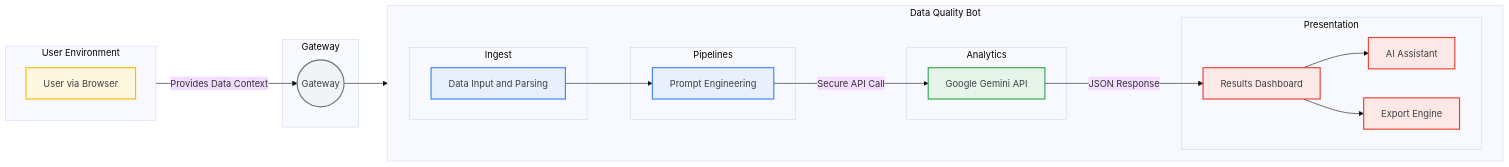
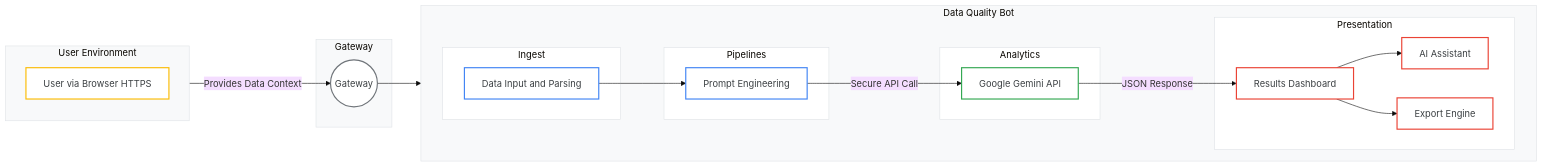
Before and after one commit to chtsalvishal/DQ_Gen_AI_Bot: the first of 2 diagrams in README.md, drawn with Mermaid (base theme). The commit also changed other lines of this file, not shown here.

Commit message:
docs: Update README with improved diagrams and styling
Refreshes the architecture and user journey diagrams in the README. This includes minor text updates and significant styling adjustments to enhance readability and visual consistency.

````diff
--- a/README.md
+++ b/README.md
@@ -20,44 +20,52 @@
 ```mermaid
 graph LR
     subgraph userenv [User Environment]
         direction TB
-        A[User via Browser]:::userNode
+        A[User via Browser HTTPS]:::userNode
     end
 
     subgraph gatewaysub [Gateway]
       B((Gateway)):::gatewayNode
     end
     
     A -- Provides Data Context --> B
 
     subgraph botlogic [Data Quality Bot]
         direction LR
         subgraph ingest [Ingest]
             C[Data Input and Parsing]:::processNode
         end
         subgraph pipelines [Pipelines]
             D[Prompt Engineering]:::processNode
         end
         subgraph analytics [Analytics]
             E[Google Gemini API]:::apiNode
         end
         subgraph presentation [Presentation]
             F[Results Dashboard]:::outputNode
             G[AI Assistant]:::outputNode
             H[Export Engine]:::outputNode
         end
     end
 
     B --> C
     C --> D
     D -- Secure API Call --> E
     E -- JSON Response --> F
     F --> G
     F --> H
     
-    classDef userNode fill:#FEF7E0,stroke:#FBBC05,stroke-width:2px,color:#3C4043
-    classDef gatewayNode fill:#F1F3F4,stroke:#70757A,stroke-width:2px,color:#3C4043
-    classDef processNode fill:#E8F0FE,stroke:#4285F4,stroke-width:2px,color:#3C4043
-    classDef apiNode fill:#E6F4EA,stroke:#34A853,stroke-width:2px,color:#3C4043
-    classDef outputNode fill:#FCE8E6,stroke:#EA4335,stroke-width:2px,color:#3C4043
+    classDef userNode fill:#FFFFFF,stroke:#FBBC05,stroke-width:2px,color:#3C4043
+    classDef gatewayNode fill:#FFFFFF,stroke:#70757A,stroke-width:2px,color:#3C4043
+    classDef processNode fill:#FFFFFF,stroke:#4285F4,stroke-width:2px,color:#3C4043
+    classDef apiNode fill:#FFFFFF,stroke:#34A853,stroke-width:2px,color:#3C4043
+    classDef outputNode fill:#FFFFFF,stroke:#EA4335,stroke-width:2px,color:#3C4043
+    
+    style userenv fill:#F8F9FA,stroke:#DEE2E6
+    style gatewaysub fill:#F8F9FA,stroke:#DEE2E6
+    style botlogic fill:#F8F9FA,stroke:#DEE2E6
+    style ingest fill:#FFFFFF,stroke:#DEE2E6
+    style pipelines fill:#FFFFFF,stroke:#DEE2E6
+    style analytics fill:#FFFFFF,stroke:#DEE2E6
+    style presentation fill:#FFFFFF,stroke:#DEE2E6
 ```
````
